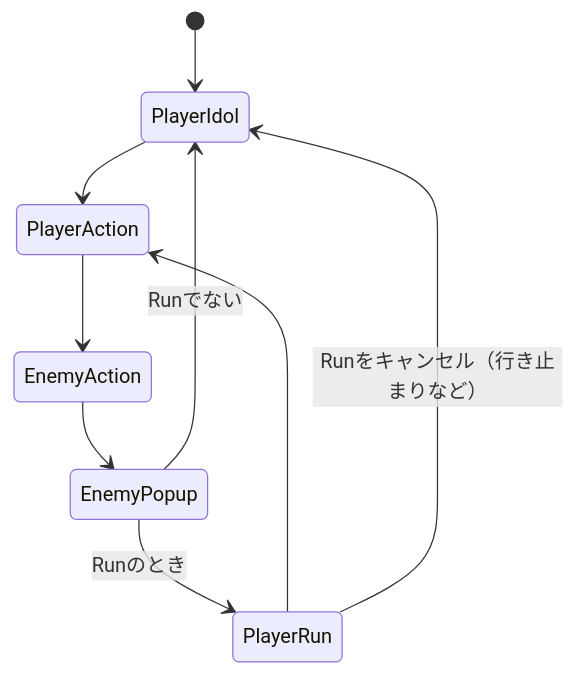
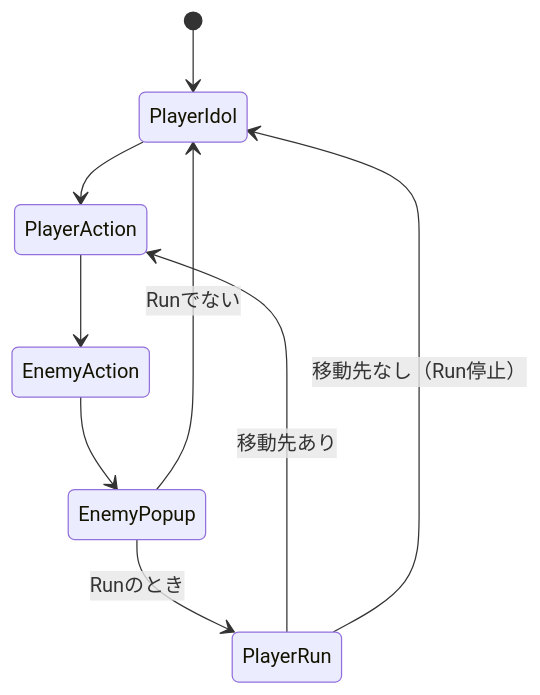
Before and after one commit to nowsprinting/RoguelikeExample: the diagram in README.md, drawn with Mermaid. The commit also changed other lines of this file and 3 other files, not shown here.

````diff
--- a/README.md
+++ b/README.md
@@ -28,12 +41,12 @@
 ```mermaid
 stateDiagram-v2
     [*] --> PlayerIdol
     PlayerIdol --> PlayerAction
     PlayerAction --> EnemyAction
     EnemyAction --> EnemyPopup
     EnemyPopup --> PlayerIdol: Runでない
 
     EnemyPopup --> PlayerRun: Runのとき
-    PlayerRun --> PlayerAction
-    PlayerRun --> PlayerIdol: Runをキャンセル（行き止まりなど）
+    PlayerRun --> PlayerAction : 移動先あり
+    PlayerRun --> PlayerIdol: 移動先なし（Run停止）
 ```
````
